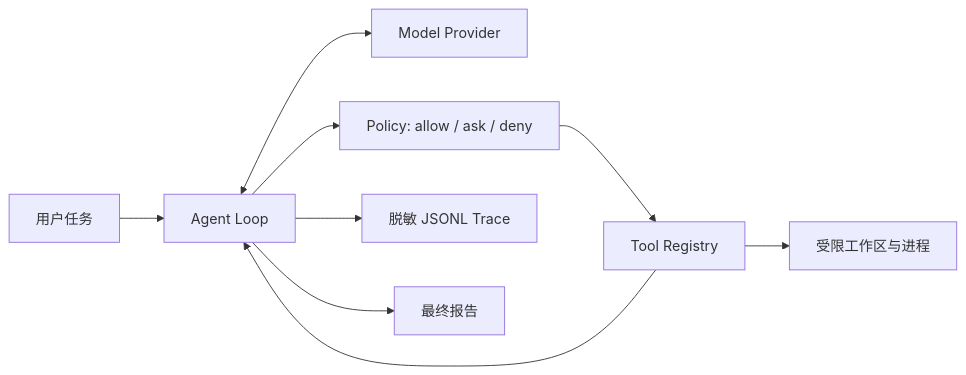
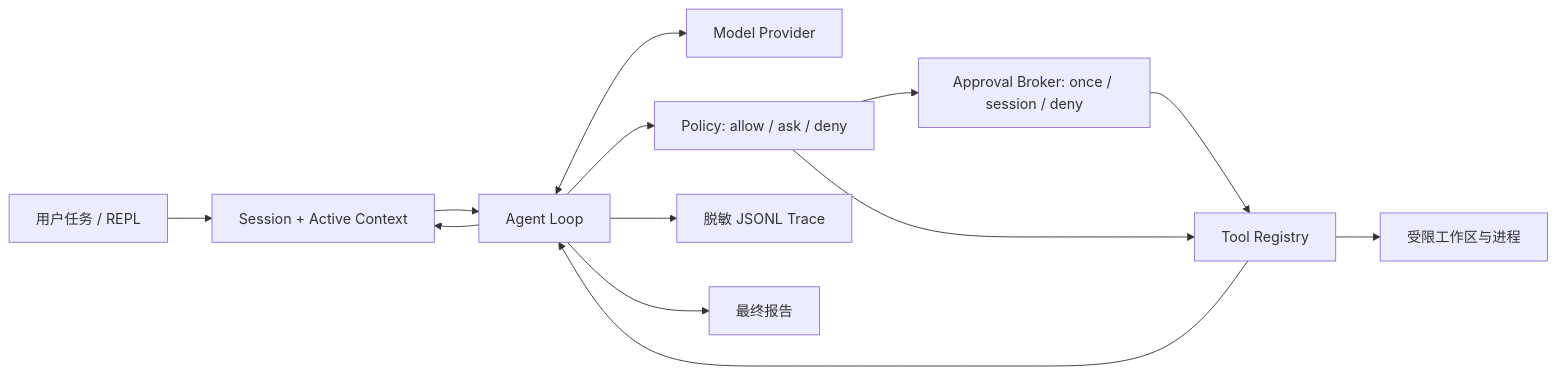
Before and after one commit to Huang1Hx/pi-claw: the diagram in README.md, drawn with Mermaid. The commit also changed other lines of this file and 15 other files, not shown here.

````diff
--- a/README.md
+++ b/README.md
@@ -37,11 +52,15 @@
 ```mermaid
 flowchart LR
-    U["用户任务"] --> A["Agent Loop"]
+    U["用户任务 / REPL"] --> S["Session + Active Context"]
+    S --> A["Agent Loop"]
     A <--> M["Model Provider"]
     A --> P["Policy: allow / ask / deny"]
+    P --> B["Approval Broker: once / session / deny"]
+    B --> T
     P --> T["Tool Registry"]
     T --> W["受限工作区与进程"]
     T --> A
     A --> J["脱敏 JSONL Trace"]
     A --> R["最终报告"]
+    A --> S
 ```
````
